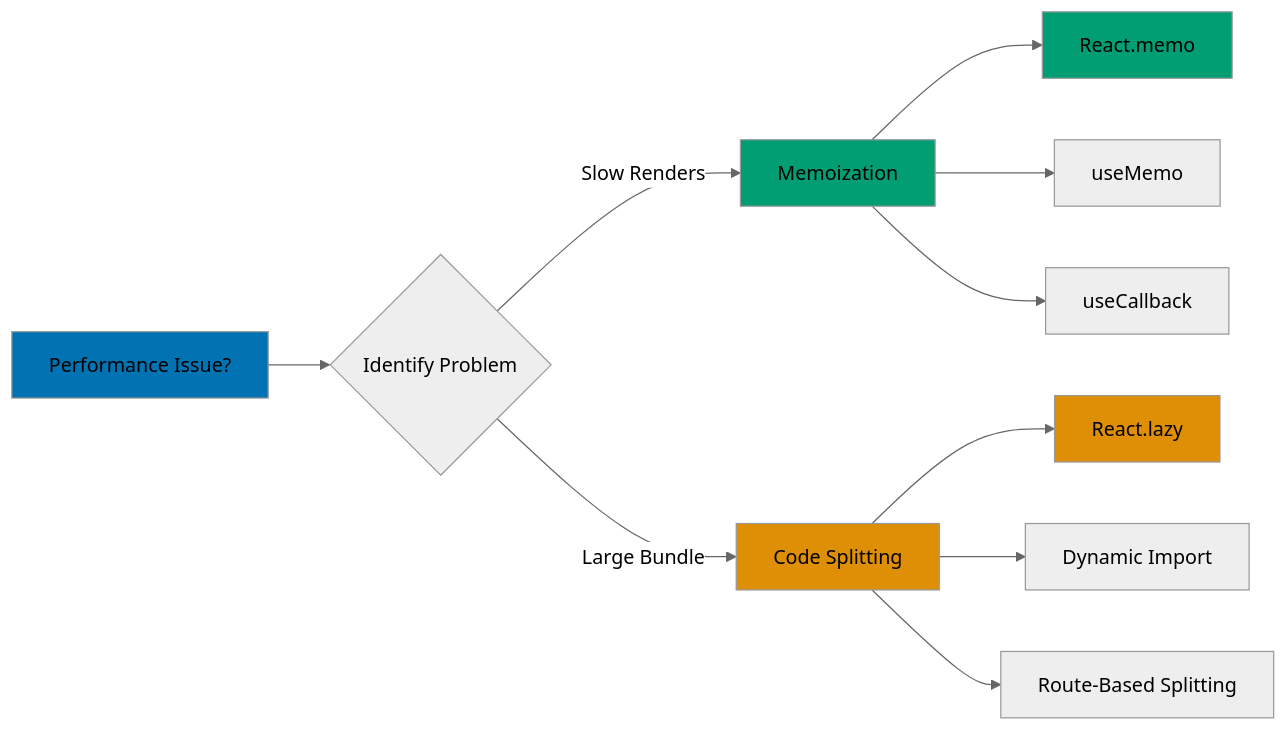
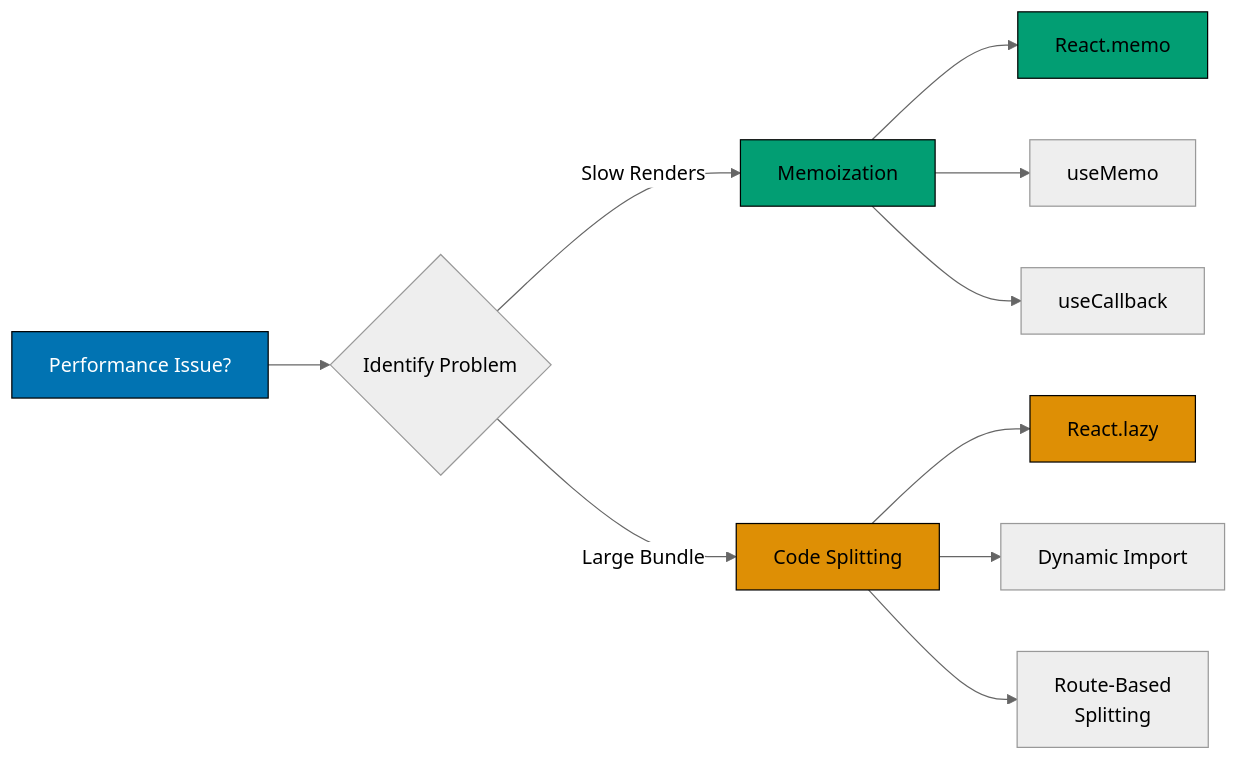
Before and after one commit to wahidyankf/ose-public: the first of 2 diagrams in docs/explanation/software-engineering/platform-web/tools/fe-react/performance.md, drawn with Mermaid (neutral theme). The commit also changed other lines of this file and 57 other files, not shown here.

First line of the commit message:
docs(diagrams): make docs diagrams accessible

````diff
--- a/docs/explanation/software-engineering/platform-web/tools/fe-react/performance.md
+++ b/docs/explanation/software-engineering/platform-web/tools/fe-react/performance.md
@@ -44,24 +44,27 @@
 ```mermaid
 %% Color Palette: Blue #0173B2, Orange #DE8F05, Teal #029E73, Purple #CC78BC
 %% All colors are color-blind friendly and meet WCAG AA contrast standards
 
 graph LR
+    accTitle: Performance Optimization Strategy
+    accDescr: Performance Issue? leads to Identify Problem; Identify Problem leads to Memoization via Slow Renders; Identify Problem leads to Code Splitting via Large Bundle; Memoization leads to React.memo; Memoization leads to useMemo; and 4 more links.
     A[Performance Issue?] --> B{Identify Problem}
 
     B -->|Slow Renders| C[Memoization]
     B -->|Large Bundle| D[Code Splitting]
 
     C --> G[React.memo]
     C --> H[useMemo]
     C --> I[useCallback]
 
     D --> J[React.lazy]
     D --> K[Dynamic Import]
-    D --> L[Route-Based Splitting]
+    D --> L[Route-Based<br/>Splitting]
 
-    style A fill:#0173B2
-    style C fill:#029E73
-    style D fill:#DE8F05
-    style G fill:#029E73
-    style J fill:#DE8F05
+    classDef blue fill:#0173B2,stroke:#000000,color:#FFFFFF
+    classDef teal fill:#029E73,stroke:#000000,color:#000000
+    classDef orange fill:#DE8F05,stroke:#000000,color:#000000
+    class A blue
+    class C,G teal
+    class D,J orange
 ```
````
